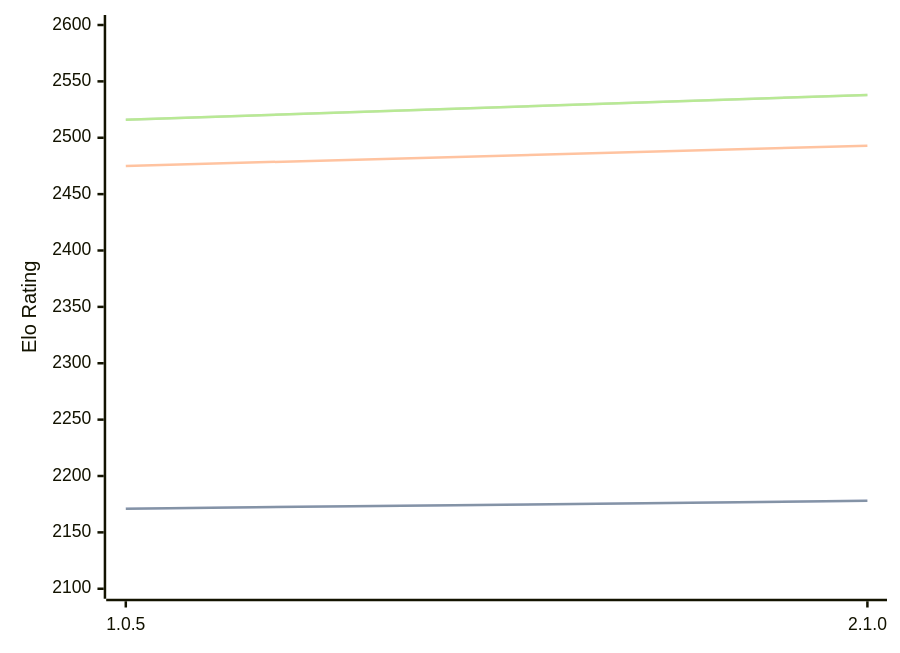
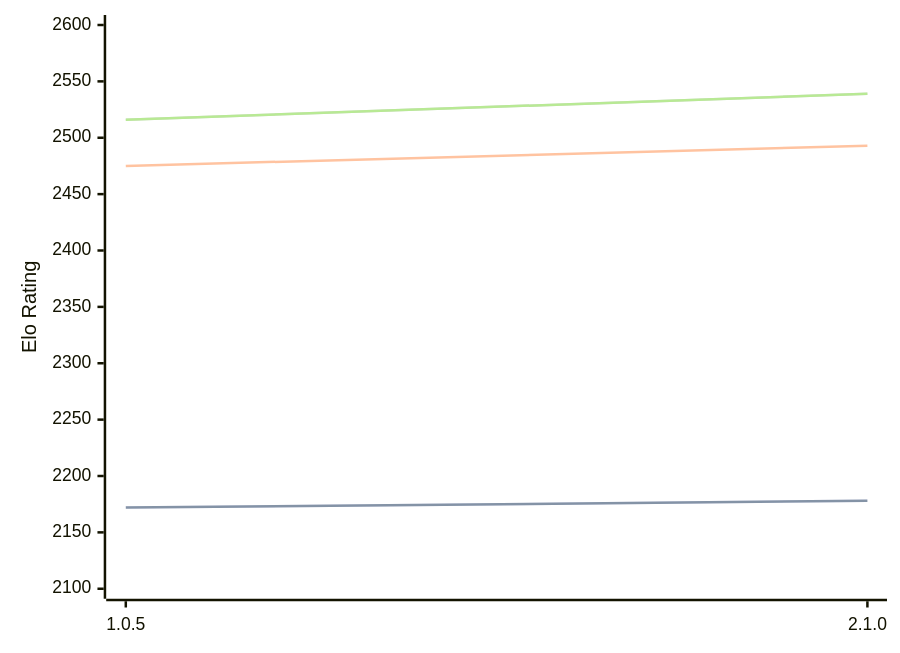
Before and after one commit to computer-chess-index/cci: the diagram in engines/Ruffian.md, drawn with Mermaid. The commit also changed other lines of this file, not shown here.

Commit message:
Update CCI Ratings (ELO VLTC) - 2026-04-13

````diff
--- a/engines/Ruffian.md
+++ b/engines/Ruffian.md
@@ -32,11 +32,11 @@
 ```mermaid
 %%{init: {"theme":"base","themeVariables":{"seriesColors:['#a3a3a3','#222221','#faa371']}}}%%
 xychart-beta
   x-axis ["1.0.5", "2.1.0"]
   y-axis "Elo Rating" 2100 --> 2600
-  line "STC (8.0+0.08s)" [2171, 2178]
-  line "STC (8.0+0.08s)" [2171, 2178]
+  line "STC (8.0+0.08s)" [2172, 2178]
+  line "STC (8.0+0.08s)" [2172, 2178]
   line "LTC (60.0+0.60s)" [2475, 2493]
-  line "VLTC (2m24s+1.12s)" [2516, 2538]
-  line "VLTC (2m24s+1.12s)" [2516, 2538]
+  line "VLTC (2m24s+1.12s)" [2516, 2539]
+  line "VLTC (2m24s+1.12s)" [2516, 2539]
 ```
````
